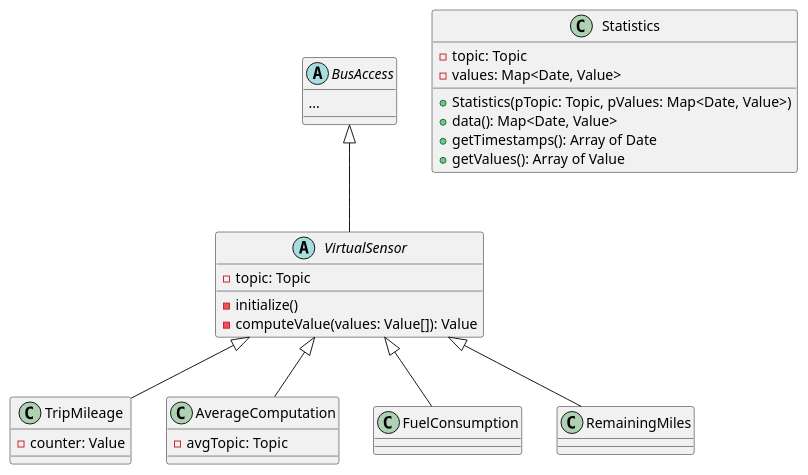
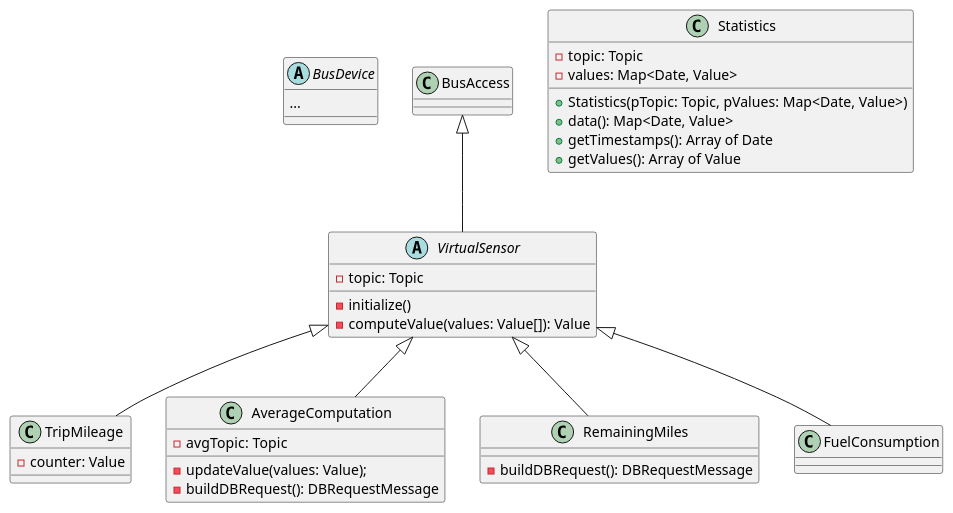
The diagram in Entwurf/diagrams/VirtualSensors.wsd (uzdry/PSE), drawn with PlantUML before and after one commit.

Commit message:
VirtualSensors

```diff
--- a/Entwurf/diagrams/VirtualSensors.wsd
+++ b/Entwurf/diagrams/VirtualSensors.wsd
@@ -3,38 +3,44 @@
 @startuml
 
-abstract class BusAccess {
+abstract class BusDevice {
 	...
 }
 
 abstract class VirtualSensor {
 	-topic: Topic
 	-initialize()
 	-computeValue(values: Value[]): Value
 }
 
 class TripMileage {
 	-counter: Value
 }
 
 class AverageComputation {
 	-avgTopic: Topic
+	-updateValue(values: Value);
+	-buildDBRequest(): DBRequestMessage
+}
+
+class RemainingMiles {
+	-buildDBRequest(): DBRequestMessage
 }
 
 class Statistics {
 	-topic: Topic
 	-values: Map<Date, Value>
 	+Statistics(pTopic: Topic, pValues: Map<Date, Value>)
 	+data(): Map<Date, Value>
 	+getTimestamps(): Array of Date
 	+getValues(): Array of Value
 }
 
 
 VirtualSensor <|-- FuelConsumption
 VirtualSensor <|-- TripMileage
 VirtualSensor <|-- AverageComputation
 VirtualSensor <|-- RemainingMiles
 
 BusAccess <|-- VirtualSensor
 
 @enduml
```
